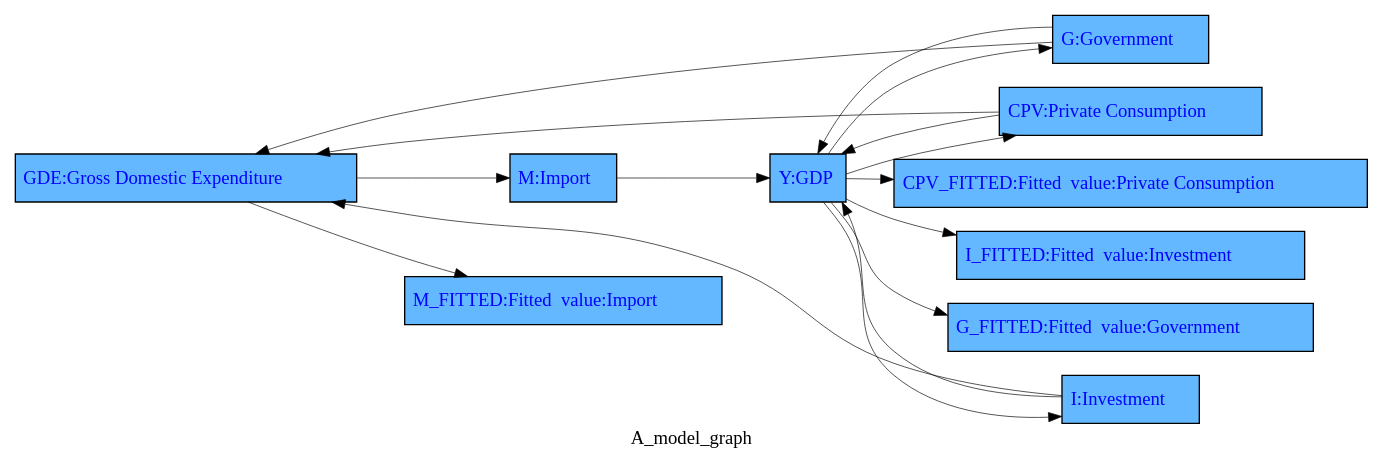
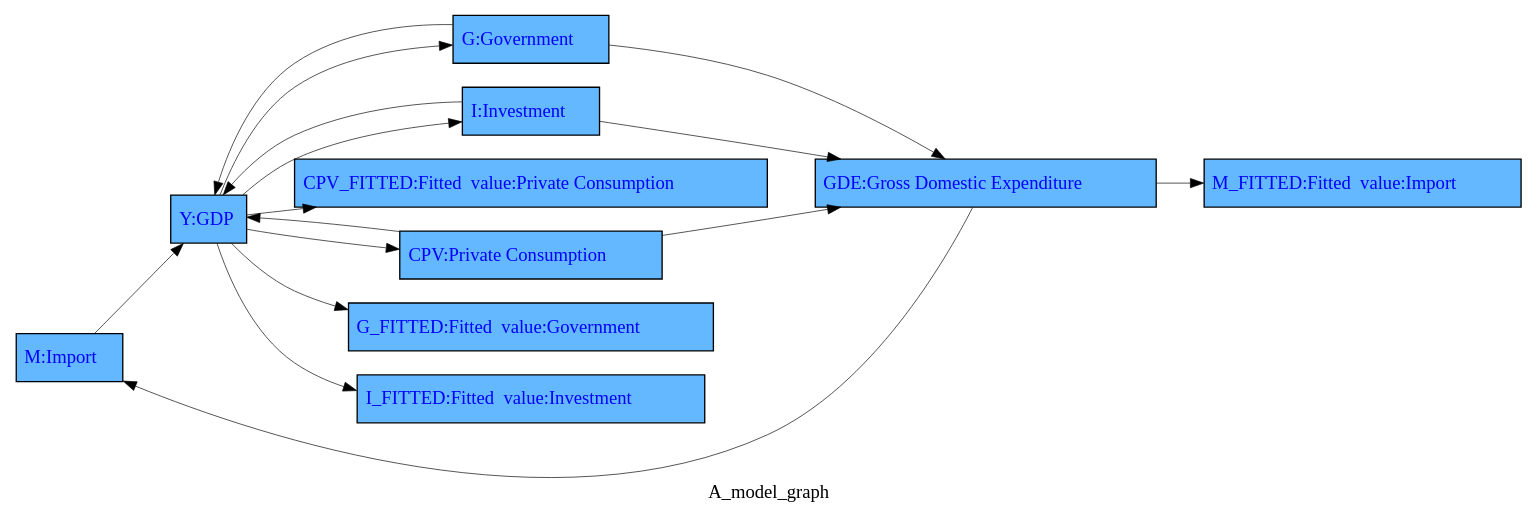
Before and after one commit to IbHansen/modelflow-manual: the diagram in working_paper/thebook/content/howto/smallmodel/graph/A_model_graph.gv, drawn with Graphviz. The commit also changed 178 other files, not shown here.

```diff
--- a/working_paper/thebook/content/howto/smallmodel/graph/A_model_graph.gv
+++ b/working_paper/thebook/content/howto/smallmodel/graph/A_model_graph.gv
@@ -1,30 +1,30 @@
 digraph TD { rankdir ="LR" 
 {node  [margin=0.025 fontcolor=blue style=filled ] 
- "GDE" [ shape=box fillcolor= steelblue1 tooltip="Gross Domestic Expenditure&#10;FRML &lt;IDENT&gt; GDE = CPV+I+G&#36;"  margin=0.025 fontcolor=blue style = filled  label=<<TABLE BORDER='0' CELLBORDER = '0' style = "filled"  > <TR><TD tooltip="Gross Domestic Expenditure&#10;FRML &lt;IDENT&gt; GDE = CPV+I+G&#36;">GDE:Gross Domestic Expenditure</TD></TR> </TABLE>> ]
-"M" [ shape=box fillcolor= steelblue1 tooltip="Import&#10;FRML &lt;FIXABLE, DAMP&gt; M = (M(-1)*EXP(M_A+ (-C2_M*(LOG(M(-1))-LOG(GDE(-1))-C1_M)+C3_M*((LOG(GDE))-(LOG(GDE(-1))))) )) * (1-M_D)+ M_X*M_D &#36;"  margin=0.025 fontcolor=blue style = filled  label=<<TABLE BORDER='0' CELLBORDER = '0' style = "filled"  > <TR><TD tooltip="Import&#10;FRML &lt;FIXABLE, DAMP&gt; M = (M(-1)*EXP(M_A+ (-C2_M*(LOG(M(-1))-LOG(GDE(-1))-C1_M)+C3_M*((LOG(GDE))-(LOG(GDE(-1))))) )) * (1-M_D)+ M_X*M_D &#36;">M:Import</TD></TR> </TABLE>> ]
+ "M" [ shape=box fillcolor= steelblue1 tooltip="Import&#10;FRML &lt;FIXABLE, DAMP&gt; M = (M(-1)*EXP(M_A+ (-C2_M*(LOG(M(-1))-LOG(GDE(-1))-C1_M)+C3_M*((LOG(GDE))-(LOG(GDE(-1))))) )) * (1-M_D)+ M_X*M_D &#36;"  margin=0.025 fontcolor=blue style = filled  label=<<TABLE BORDER='0' CELLBORDER = '0' style = "filled"  > <TR><TD tooltip="Import&#10;FRML &lt;FIXABLE, DAMP&gt; M = (M(-1)*EXP(M_A+ (-C2_M*(LOG(M(-1))-LOG(GDE(-1))-C1_M)+C3_M*((LOG(GDE))-(LOG(GDE(-1))))) )) * (1-M_D)+ M_X*M_D &#36;">M:Import</TD></TR> </TABLE>> ]
+"G" [ shape=box fillcolor= steelblue1 tooltip="Government&#10;FRML &lt;FIXABLE, DAMP&gt; G = (G(-1)*EXP(G_A+ (-C2_G*(LOG(G(-1))-LOG(Y(-1))-C1_G)+C3_G*((LOG(Y))-(LOG(Y(-1))))) )) * (1-G_D)+ G_X*G_D &#36;"  margin=0.025 fontcolor=blue style = filled  label=<<TABLE BORDER='0' CELLBORDER = '0' style = "filled"  > <TR><TD tooltip="Government&#10;FRML &lt;FIXABLE, DAMP&gt; G = (G(-1)*EXP(G_A+ (-C2_G*(LOG(G(-1))-LOG(Y(-1))-C1_G)+C3_G*((LOG(Y))-(LOG(Y(-1))))) )) * (1-G_D)+ G_X*G_D &#36;">G:Government</TD></TR> </TABLE>> ]
 "CPV_FITTED" [ shape=box fillcolor= steelblue1 tooltip="Fitted  value:Private Consumption&#10;FRML &lt;FIT&gt; CPV_FITTED = CPV(-1)*EXP( (-C2_CPV*(LOG(CPV(-1))-LOG(Y(-1))-C1_CPV)+C3_CPV*((LOG(Y))-(LOG(Y(-1))))) )&#36;"  margin=0.025 fontcolor=blue style = filled  label=<<TABLE BORDER='0' CELLBORDER = '0' style = "filled"  > <TR><TD tooltip="Fitted  value:Private Consumption&#10;FRML &lt;FIT&gt; CPV_FITTED = CPV(-1)*EXP( (-C2_CPV*(LOG(CPV(-1))-LOG(Y(-1))-C1_CPV)+C3_CPV*((LOG(Y))-(LOG(Y(-1))))) )&#36;">CPV_FITTED:Fitted  value:Private Consumption</TD></TR> </TABLE>> ]
-"G" [ shape=box fillcolor= steelblue1 tooltip="Government&#10;FRML &lt;FIXABLE, DAMP&gt; G = (G(-1)*EXP(G_A+ (-C2_G*(LOG(G(-1))-LOG(Y(-1))-C1_G)+C3_G*((LOG(Y))-(LOG(Y(-1))))) )) * (1-G_D)+ G_X*G_D &#36;"  margin=0.025 fontcolor=blue style = filled  label=<<TABLE BORDER='0' CELLBORDER = '0' style = "filled"  > <TR><TD tooltip="Government&#10;FRML &lt;FIXABLE, DAMP&gt; G = (G(-1)*EXP(G_A+ (-C2_G*(LOG(G(-1))-LOG(Y(-1))-C1_G)+C3_G*((LOG(Y))-(LOG(Y(-1))))) )) * (1-G_D)+ G_X*G_D &#36;">G:Government</TD></TR> </TABLE>> ]
+"GDE" [ shape=box fillcolor= steelblue1 tooltip="Gross Domestic Expenditure&#10;FRML &lt;IDENT&gt; GDE = CPV+I+G&#36;"  margin=0.025 fontcolor=blue style = filled  label=<<TABLE BORDER='0' CELLBORDER = '0' style = "filled"  > <TR><TD tooltip="Gross Domestic Expenditure&#10;FRML &lt;IDENT&gt; GDE = CPV+I+G&#36;">GDE:Gross Domestic Expenditure</TD></TR> </TABLE>> ]
+"I" [ shape=box fillcolor= steelblue1 tooltip="Investment&#10;FRML &lt;FIXABLE, DAMP&gt; I = (I(-1)*EXP(I_A+ (-C2_I*(LOG(I(-1))-LOG(Y(-1)-G(-1))-C1_I)+C3_I*((LOG(Y))-(LOG(Y(-1))))) )) * (1-I_D)+ I_X*I_D &#36;"  margin=0.025 fontcolor=blue style = filled  label=<<TABLE BORDER='0' CELLBORDER = '0' style = "filled"  > <TR><TD tooltip="Investment&#10;FRML &lt;FIXABLE, DAMP&gt; I = (I(-1)*EXP(I_A+ (-C2_I*(LOG(I(-1))-LOG(Y(-1)-G(-1))-C1_I)+C3_I*((LOG(Y))-(LOG(Y(-1))))) )) * (1-I_D)+ I_X*I_D &#36;">I:Investment</TD></TR> </TABLE>> ]
+"Y" [ shape=box fillcolor= steelblue1 tooltip="GDP&#10;FRML &lt;IDENT&gt; Y = CPV+I+G+X-M+YDISC&#36;"  margin=0.025 fontcolor=blue style = filled  label=<<TABLE BORDER='0' CELLBORDER = '0' style = "filled"  > <TR><TD tooltip="GDP&#10;FRML &lt;IDENT&gt; Y = CPV+I+G+X-M+YDISC&#36;">Y:GDP</TD></TR> </TABLE>> ]
 "CPV" [ shape=box fillcolor= steelblue1 tooltip="Private Consumption&#10;FRML &lt;FIXABLE, DAMP&gt; CPV = (CPV(-1)*EXP(CPV_A+ (-C2_CPV*(LOG(CPV(-1))-LOG(Y(-1))-C1_CPV)+C3_CPV*((LOG(Y))-(LOG(Y(-1))))) )) * (1-CPV_D)+ CPV_X*CPV_D &#36;"  margin=0.025 fontcolor=blue style = filled  label=<<TABLE BORDER='0' CELLBORDER = '0' style = "filled"  > <TR><TD tooltip="Private Consumption&#10;FRML &lt;FIXABLE, DAMP&gt; CPV = (CPV(-1)*EXP(CPV_A+ (-C2_CPV*(LOG(CPV(-1))-LOG(Y(-1))-C1_CPV)+C3_CPV*((LOG(Y))-(LOG(Y(-1))))) )) * (1-CPV_D)+ CPV_X*CPV_D &#36;">CPV:Private Consumption</TD></TR> </TABLE>> ]
 "M_FITTED" [ shape=box fillcolor= steelblue1 tooltip="Fitted  value:Import&#10;FRML &lt;FIT&gt; M_FITTED = M(-1)*EXP( (-C2_M*(LOG(M(-1))-LOG(GDE(-1))-C1_M)+C3_M*((LOG(GDE))-(LOG(GDE(-1))))) )&#36;"  margin=0.025 fontcolor=blue style = filled  label=<<TABLE BORDER='0' CELLBORDER = '0' style = "filled"  > <TR><TD tooltip="Fitted  value:Import&#10;FRML &lt;FIT&gt; M_FITTED = M(-1)*EXP( (-C2_M*(LOG(M(-1))-LOG(GDE(-1))-C1_M)+C3_M*((LOG(GDE))-(LOG(GDE(-1))))) )&#36;">M_FITTED:Fitted  value:Import</TD></TR> </TABLE>> ]
-"Y" [ shape=box fillcolor= steelblue1 tooltip="GDP&#10;FRML &lt;IDENT&gt; Y = CPV+I+G+X-M+YDISC&#36;"  margin=0.025 fontcolor=blue style = filled  label=<<TABLE BORDER='0' CELLBORDER = '0' style = "filled"  > <TR><TD tooltip="GDP&#10;FRML &lt;IDENT&gt; Y = CPV+I+G+X-M+YDISC&#36;">Y:GDP</TD></TR> </TABLE>> ]
-"I" [ shape=box fillcolor= steelblue1 tooltip="Investment&#10;FRML &lt;FIXABLE, DAMP&gt; I = (I(-1)*EXP(I_A+ (-C2_I*(LOG(I(-1))-LOG(Y(-1)-G(-1))-C1_I)+C3_I*((LOG(Y))-(LOG(Y(-1))))) )) * (1-I_D)+ I_X*I_D &#36;"  margin=0.025 fontcolor=blue style = filled  label=<<TABLE BORDER='0' CELLBORDER = '0' style = "filled"  > <TR><TD tooltip="Investment&#10;FRML &lt;FIXABLE, DAMP&gt; I = (I(-1)*EXP(I_A+ (-C2_I*(LOG(I(-1))-LOG(Y(-1)-G(-1))-C1_I)+C3_I*((LOG(Y))-(LOG(Y(-1))))) )) * (1-I_D)+ I_X*I_D &#36;">I:Investment</TD></TR> </TABLE>> ]
-"I_FITTED" [ shape=box fillcolor= steelblue1 tooltip="Fitted  value:Investment&#10;FRML &lt;FIT&gt; I_FITTED = I(-1)*EXP( (-C2_I*(LOG(I(-1))-LOG(Y(-1)-G(-1))-C1_I)+C3_I*((LOG(Y))-(LOG(Y(-1))))) )&#36;"  margin=0.025 fontcolor=blue style = filled  label=<<TABLE BORDER='0' CELLBORDER = '0' style = "filled"  > <TR><TD tooltip="Fitted  value:Investment&#10;FRML &lt;FIT&gt; I_FITTED = I(-1)*EXP( (-C2_I*(LOG(I(-1))-LOG(Y(-1)-G(-1))-C1_I)+C3_I*((LOG(Y))-(LOG(Y(-1))))) )&#36;">I_FITTED:Fitted  value:Investment</TD></TR> </TABLE>> ]
-"G_FITTED" [ shape=box fillcolor= steelblue1 tooltip="Fitted  value:Government&#10;FRML &lt;FIT&gt; G_FITTED = G(-1)*EXP( (-C2_G*(LOG(G(-1))-LOG(Y(-1))-C1_G)+C3_G*((LOG(Y))-(LOG(Y(-1))))) )&#36;"  margin=0.025 fontcolor=blue style = filled  label=<<TABLE BORDER='0' CELLBORDER = '0' style = "filled"  > <TR><TD tooltip="Fitted  value:Government&#10;FRML &lt;FIT&gt; G_FITTED = G(-1)*EXP( (-C2_G*(LOG(G(-1))-LOG(Y(-1))-C1_G)+C3_G*((LOG(Y))-(LOG(Y(-1))))) )&#36;">G_FITTED:Fitted  value:Government</TD></TR> </TABLE>> ] 
+"G_FITTED" [ shape=box fillcolor= steelblue1 tooltip="Fitted  value:Government&#10;FRML &lt;FIT&gt; G_FITTED = G(-1)*EXP( (-C2_G*(LOG(G(-1))-LOG(Y(-1))-C1_G)+C3_G*((LOG(Y))-(LOG(Y(-1))))) )&#36;"  margin=0.025 fontcolor=blue style = filled  label=<<TABLE BORDER='0' CELLBORDER = '0' style = "filled"  > <TR><TD tooltip="Fitted  value:Government&#10;FRML &lt;FIT&gt; G_FITTED = G(-1)*EXP( (-C2_G*(LOG(G(-1))-LOG(Y(-1))-C1_G)+C3_G*((LOG(Y))-(LOG(Y(-1))))) )&#36;">G_FITTED:Fitted  value:Government</TD></TR> </TABLE>> ]
+"I_FITTED" [ shape=box fillcolor= steelblue1 tooltip="Fitted  value:Investment&#10;FRML &lt;FIT&gt; I_FITTED = I(-1)*EXP( (-C2_I*(LOG(I(-1))-LOG(Y(-1)-G(-1))-C1_I)+C3_I*((LOG(Y))-(LOG(Y(-1))))) )&#36;"  margin=0.025 fontcolor=blue style = filled  label=<<TABLE BORDER='0' CELLBORDER = '0' style = "filled"  > <TR><TD tooltip="Fitted  value:Investment&#10;FRML &lt;FIT&gt; I_FITTED = I(-1)*EXP( (-C2_I*(LOG(I(-1))-LOG(Y(-1)-G(-1))-C1_I)+C3_I*((LOG(Y))-(LOG(Y(-1))))) )&#36;">I_FITTED:Fitted  value:Investment</TD></TR> </TABLE>> ] 
 } 
+"Y" -> "CPV" [ style = filled tooltip=NA href="bogus" penwidth = 0.5 ]
+"CPV" -> "GDE" [ style = filled tooltip=NA href="bogus" penwidth = 0.5 ]
+"Y" -> "I" [ style = filled tooltip=NA href="bogus" penwidth = 0.5 ]
+"G" -> "GDE" [ style = filled tooltip=NA href="bogus" penwidth = 0.5 ]
+"Y" -> "I_FITTED" [ style = filled tooltip=NA href="bogus" penwidth = 0.5 ]
+"I" -> "GDE" [ style = filled tooltip=NA href="bogus" penwidth = 0.5 ]
+"Y" -> "G_FITTED" [ style = filled tooltip=NA href="bogus" penwidth = 0.5 ]
+"GDE" -> "M_FITTED" [ style = filled tooltip=NA href="bogus" penwidth = 0.5 ]
+"I" -> "Y" [ style = filled tooltip=NA href="bogus" penwidth = 0.5 ]
 "GDE" -> "M" [ style = filled tooltip=NA href="bogus" penwidth = 0.5 ]
-"CPV" -> "GDE" [ style = filled tooltip=NA href="bogus" penwidth = 0.5 ]
-"I" -> "Y" [ style = filled tooltip=NA href="bogus" penwidth = 0.5 ]
-"G" -> "Y" [ style = filled tooltip=NA href="bogus" penwidth = 0.5 ]
-"M" -> "Y" [ style = filled tooltip=NA href="bogus" penwidth = 0.5 ]
-"Y" -> "CPV" [ style = filled tooltip=NA href="bogus" penwidth = 0.5 ]
+"Y" -> "G" [ style = filled tooltip=NA href="bogus" penwidth = 0.5 ]
 "CPV" -> "Y" [ style = filled tooltip=NA href="bogus" penwidth = 0.5 ]
 "Y" -> "CPV_FITTED" [ style = filled tooltip=NA href="bogus" penwidth = 0.5 ]
-"I" -> "GDE" [ style = filled tooltip=NA href="bogus" penwidth = 0.5 ]
-"Y" -> "I_FITTED" [ style = filled tooltip=NA href="bogus" penwidth = 0.5 ]
-"G" -> "GDE" [ style = filled tooltip=NA href="bogus" penwidth = 0.5 ]
-"Y" -> "I" [ style = filled tooltip=NA href="bogus" penwidth = 0.5 ]
-"Y" -> "G_FITTED" [ style = filled tooltip=NA href="bogus" penwidth = 0.5 ]
-"Y" -> "G" [ style = filled tooltip=NA href="bogus" penwidth = 0.5 ]
-"GDE" -> "M_FITTED" [ style = filled tooltip=NA href="bogus" penwidth = 0.5 ]
+"M" -> "Y" [ style = filled tooltip=NA href="bogus" penwidth = 0.5 ]
+"G" -> "Y" [ style = filled tooltip=NA href="bogus" penwidth = 0.5 ]
  label = "A_model_graph";
 }
```
